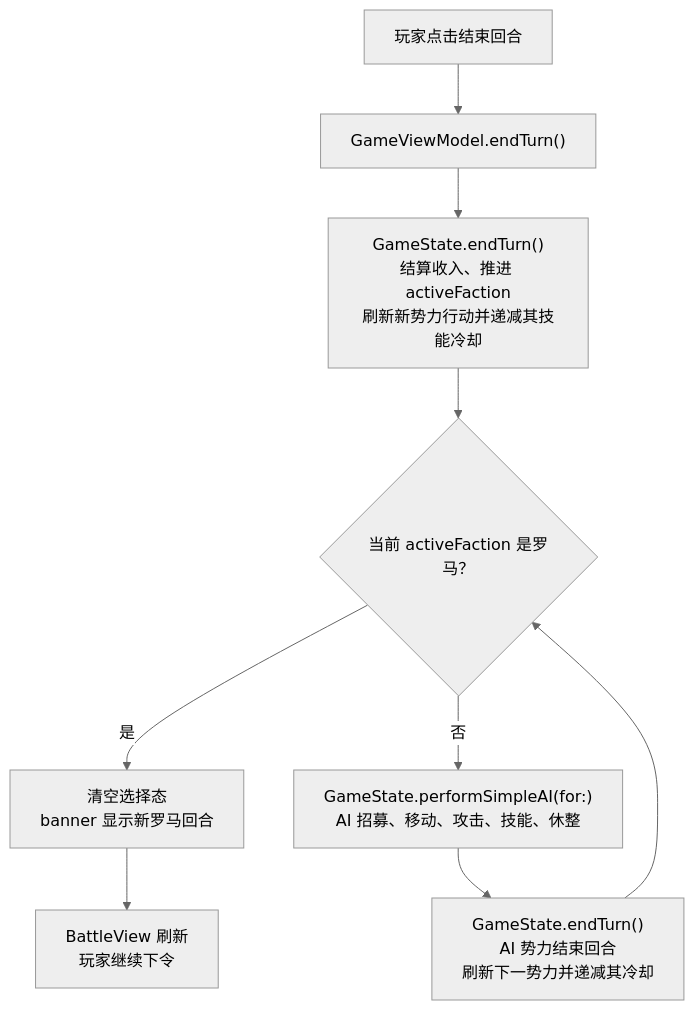
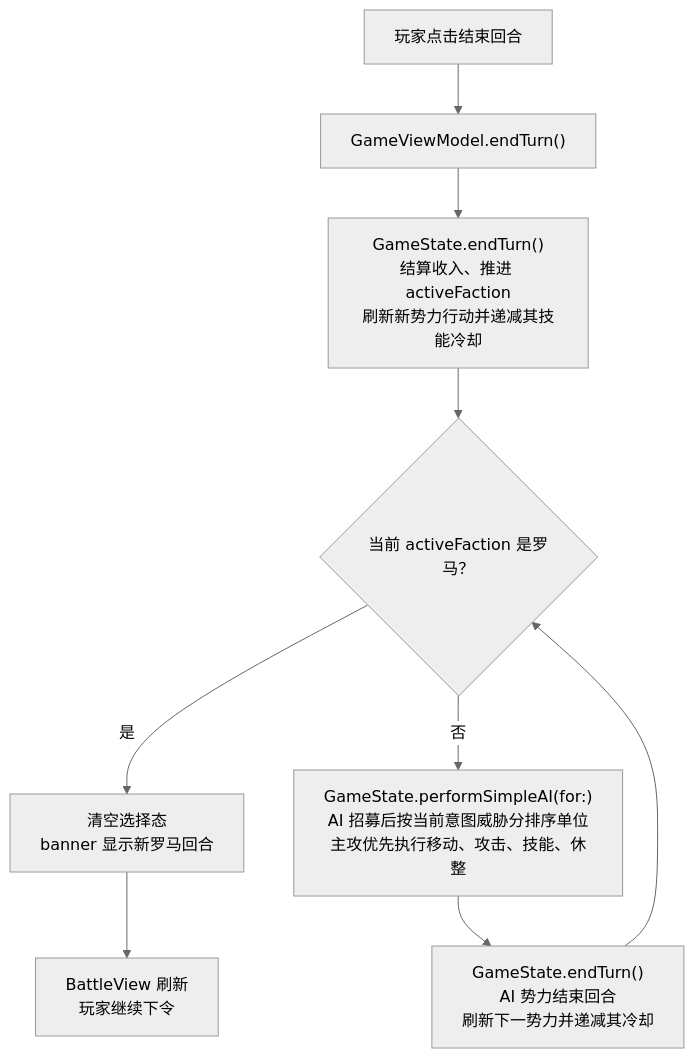
One commit to Altman-sam114/119 changed the second of 7 diagrams in md/flow/flowchart.md. Above: the diagram before and after it, drawn with Mermaid (neutral theme). The commit also changed other lines of this file and 10 other files, not shown here.

````diff
--- a/md/flow/flowchart.md
+++ b/md/flow/flowchart.md
@@ -28,11 +28,11 @@
 ```mermaid
 flowchart TD
     A["玩家点击结束回合"] --> B["GameViewModel.endTurn()"]
     B --> C["GameState.endTurn()<br/>结算收入、推进 activeFaction<br/>刷新新势力行动并递减其技能冷却"]
     C --> D{"当前 activeFaction 是罗马？"}
     D -->|是| E["清空选择态<br/>banner 显示新罗马回合"]
-    D -->|否| F["GameState.performSimpleAI(for:)<br/>AI 招募、移动、攻击、技能、休整"]
+    D -->|否| F["GameState.performSimpleAI(for:)<br/>AI 招募后按当前意图威胁分排序单位<br/>主攻优先执行移动、攻击、技能、休整"]
     F --> G["GameState.endTurn()<br/>AI 势力结束回合<br/>刷新下一势力并递减其冷却"]
     G --> D
     E --> H["BattleView 刷新<br/>玩家继续下令"]
 ```
````
